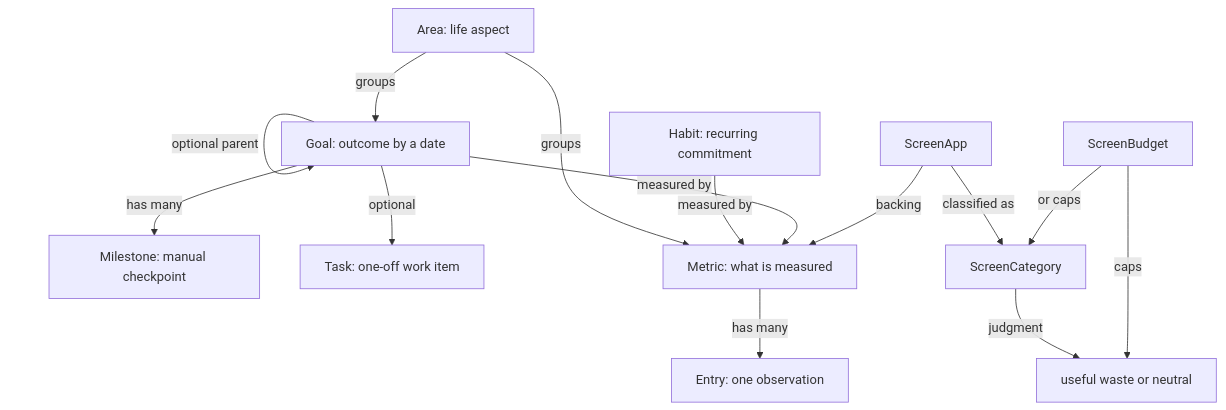
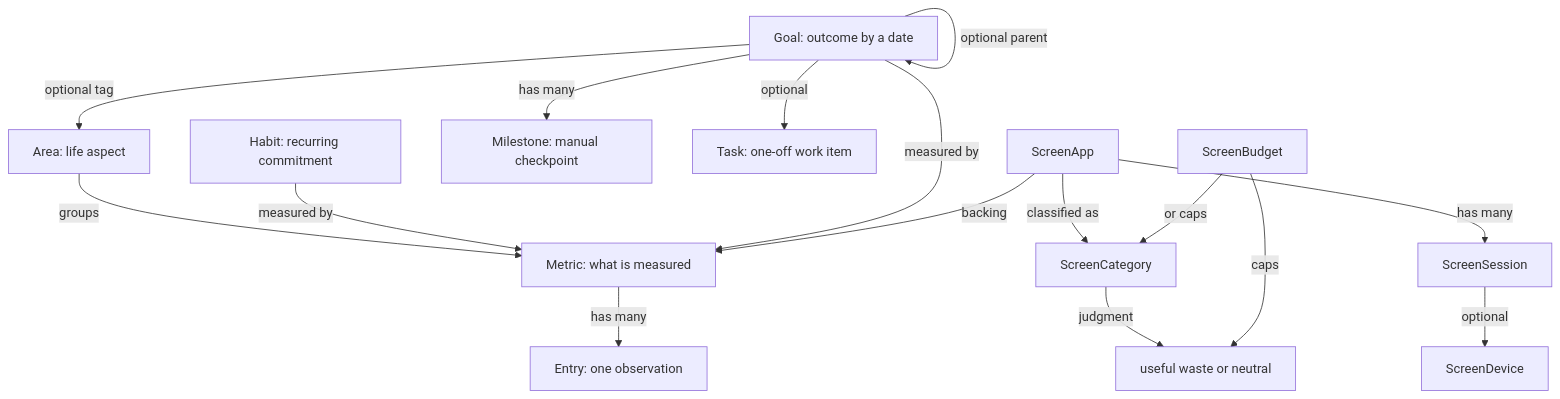
Before and after one commit to gio-white/atlas: the first of 2 diagrams in docs/architecture.md, drawn with Mermaid. The commit also changed other lines of this file and 68 other files, not shown here.

First line of the commit message:
Enhance README and architecture documentation for clarity and accuracy

````diff
--- a/docs/architecture.md
+++ b/docs/architecture.md
@@ -21,16 +21,18 @@
 ```mermaid
 flowchart TD
   Area[Area: life aspect] -->|groups| Metric[Metric: what is measured]
-  Area -->|groups| Goal[Goal: outcome by a date]
   Metric -->|has many| Entry[Entry: one observation]
   Habit[Habit: recurring commitment] -->|measured by| Metric
+  Goal[Goal: outcome by a date] -->|optional tag| Area
   Goal -->|measured by| Metric
   Goal -->|has many| Milestone[Milestone: manual checkpoint]
   Goal -->|optional parent| Goal
   Goal -->|optional| Task[Task: one-off work item]
   ScreenCategory[ScreenCategory] -->|judgment| ScreenJudgment[useful waste or neutral]
   ScreenApp[ScreenApp] -->|classified as| ScreenCategory
   ScreenApp -->|backing| Metric
+  ScreenApp -->|has many| ScreenSession[ScreenSession]
+  ScreenSession -->|optional| ScreenDevice[ScreenDevice]
   ScreenBudget[ScreenBudget] -->|caps| ScreenJudgment
   ScreenBudget -->|or caps| ScreenCategory
 ```
````
